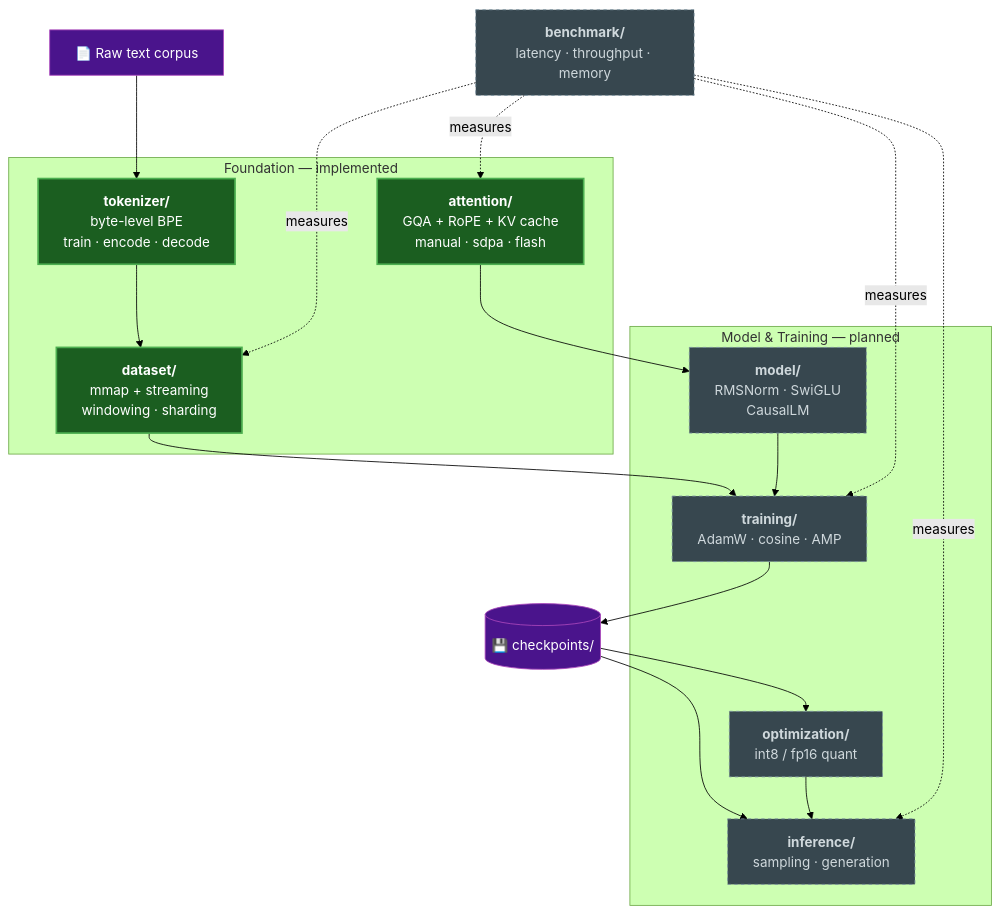
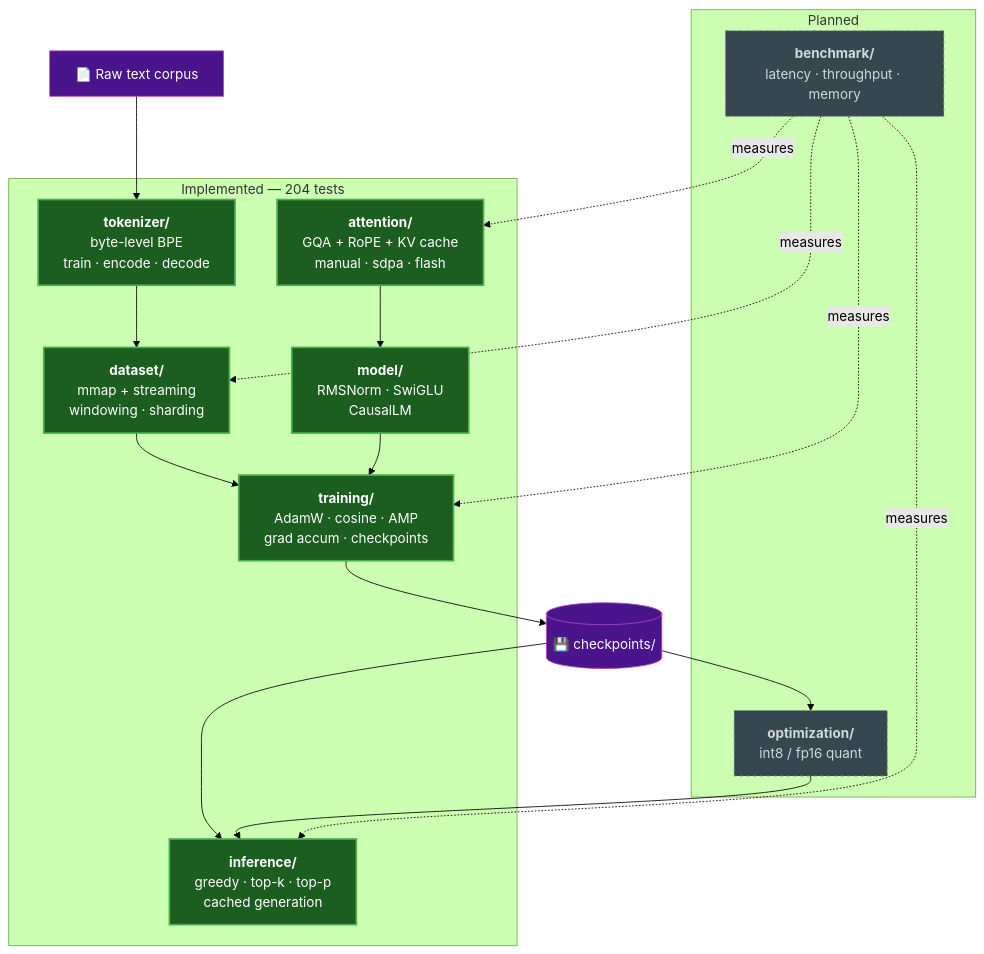
One commit to 555aaditya/Language-Model changed the first of 7 diagrams in README.md. Above: the diagram before and after it, drawn with Mermaid (forest theme). The commit also changed other lines of this file and 1 other file, not shown here.

Commit message:
docs: record stages 3-5 as implemented and pin the caller-owned cache contract

````diff
--- a/README.md
+++ b/README.md
@@ -32,36 +32,36 @@
 ```mermaid
 flowchart TB
     RAW["📄 Raw text corpus"]
 
-    subgraph FOUNDATION ["Foundation — implemented"]
+    subgraph BUILT ["Implemented — 204 tests"]
         TOK["<b>tokenizer/</b><br/>byte-level BPE<br/>train · encode · decode"]
         DS["<b>dataset/</b><br/>mmap + streaming<br/>windowing · sharding"]
         ATT["<b>attention/</b><br/>GQA + RoPE + KV cache<br/>manual · sdpa · flash"]
+        MODEL["<b>model/</b><br/>RMSNorm · SwiGLU<br/>CausalLM"]
+        TRAIN["<b>training/</b><br/>AdamW · cosine · AMP<br/>grad accum · checkpoints"]
+        INFER["<b>inference/</b><br/>greedy · top-k · top-p<br/>cached generation"]
     end
 
-    subgraph PENDING ["Model & Training — planned"]
-        MODEL["<b>model/</b><br/>RMSNorm · SwiGLU<br/>CausalLM"]
-        TRAIN["<b>training/</b><br/>AdamW · cosine · AMP"]
-        INFER["<b>inference/</b><br/>sampling · generation"]
+    subgraph PENDING ["Planned"]
         OPT["<b>optimization/</b><br/>int8 / fp16 quant"]
+        BENCH["<b>benchmark/</b><br/>latency · throughput · memory"]
     end
 
-    BENCH["<b>benchmark/</b><br/>latency · throughput · memory"]
     CKPT[("💾 checkpoints/")]
 
     RAW --> TOK --> DS --> TRAIN
     ATT --> MODEL --> TRAIN
     TRAIN --> CKPT --> INFER
     CKPT --> OPT --> INFER
     BENCH -.measures.-> DS
     BENCH -.measures.-> ATT
     BENCH -.measures.-> TRAIN
     BENCH -.measures.-> INFER
 
     classDef done fill:#1b5e20,stroke:#4CAF50,stroke-width:2px,color:#fff
     classDef todo fill:#37474f,stroke:#78909c,stroke-width:1px,color:#cfd8dc,stroke-dasharray: 4 4
     classDef store fill:#4a148c,stroke:#ab47bc,color:#fff
-    class TOK,DS,ATT done
-    class MODEL,TRAIN,INFER,OPT,BENCH todo
+    class TOK,DS,ATT,MODEL,TRAIN,INFER done
+    class OPT,BENCH todo
     class CKPT,RAW store
 ```
````
